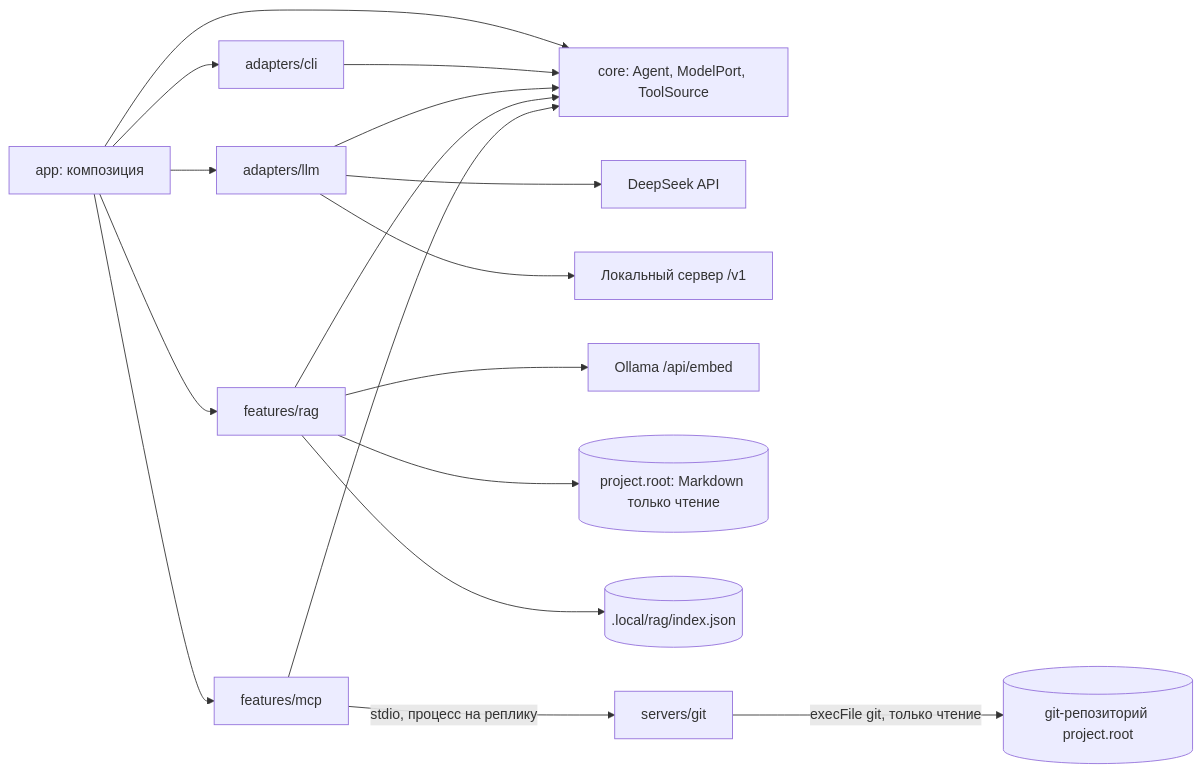
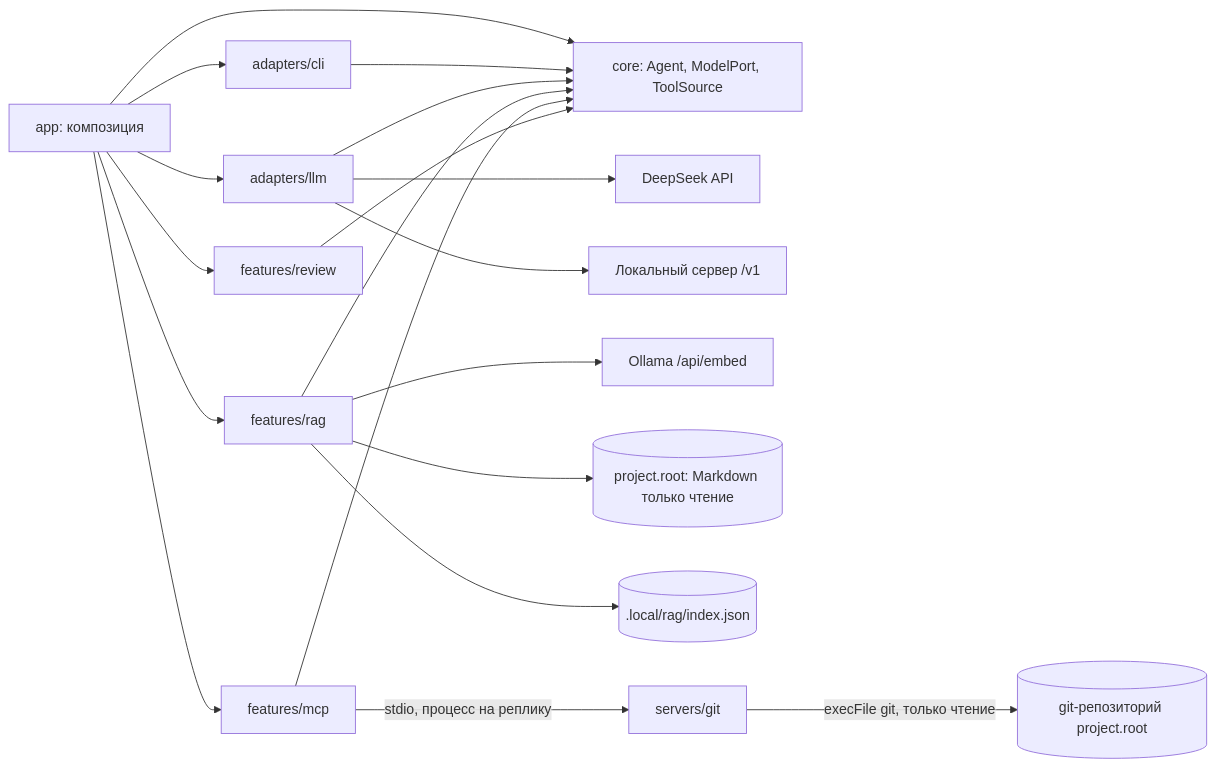
Before and after one commit to maxonmars/devflow-lab: the diagram in ARCHITECTURE.md, drawn with Mermaid. The commit also changed other lines of this file and 53 other files, not shown here.

````diff
--- a/ARCHITECTURE.md
+++ b/ARCHITECTURE.md
@@ -10,19 +10,21 @@
 ```mermaid
 flowchart LR
     App[app: композиция] --> Core[core: Agent, ModelPort, ToolSource]
     App --> CLI[adapters/cli]
     App --> LLM[adapters/llm]
     App --> Rag[features/rag]
     App --> Mcp[features/mcp]
+    App --> Review[features/review]
     CLI --> Core
     LLM --> Core
     LLM --> DeepSeek[DeepSeek API]
     LLM --> Local[Локальный сервер /v1]
     Rag --> Core
     Rag --> Ollama[Ollama /api/embed]
     Rag --> Project[(project.root: Markdown только чтение)]
     Rag --> Index[(.local/rag/index.json)]
     Mcp --> Core
+    Review --> Core
     Mcp -->|stdio, процесс на реплику| Git[servers/git]
     Git -->|execFile git, только чтение| Repo[(git-репозиторий project.root)]
 ```
````
